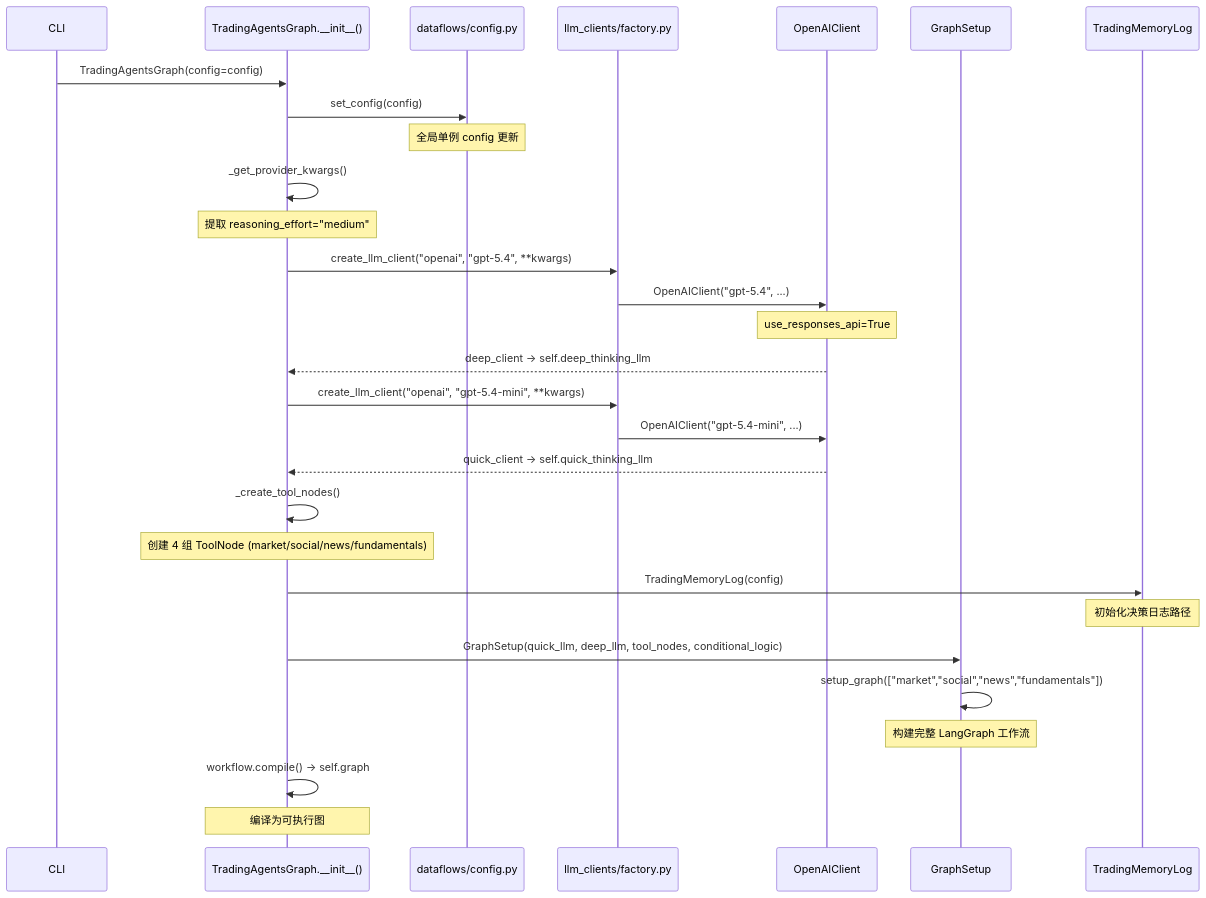
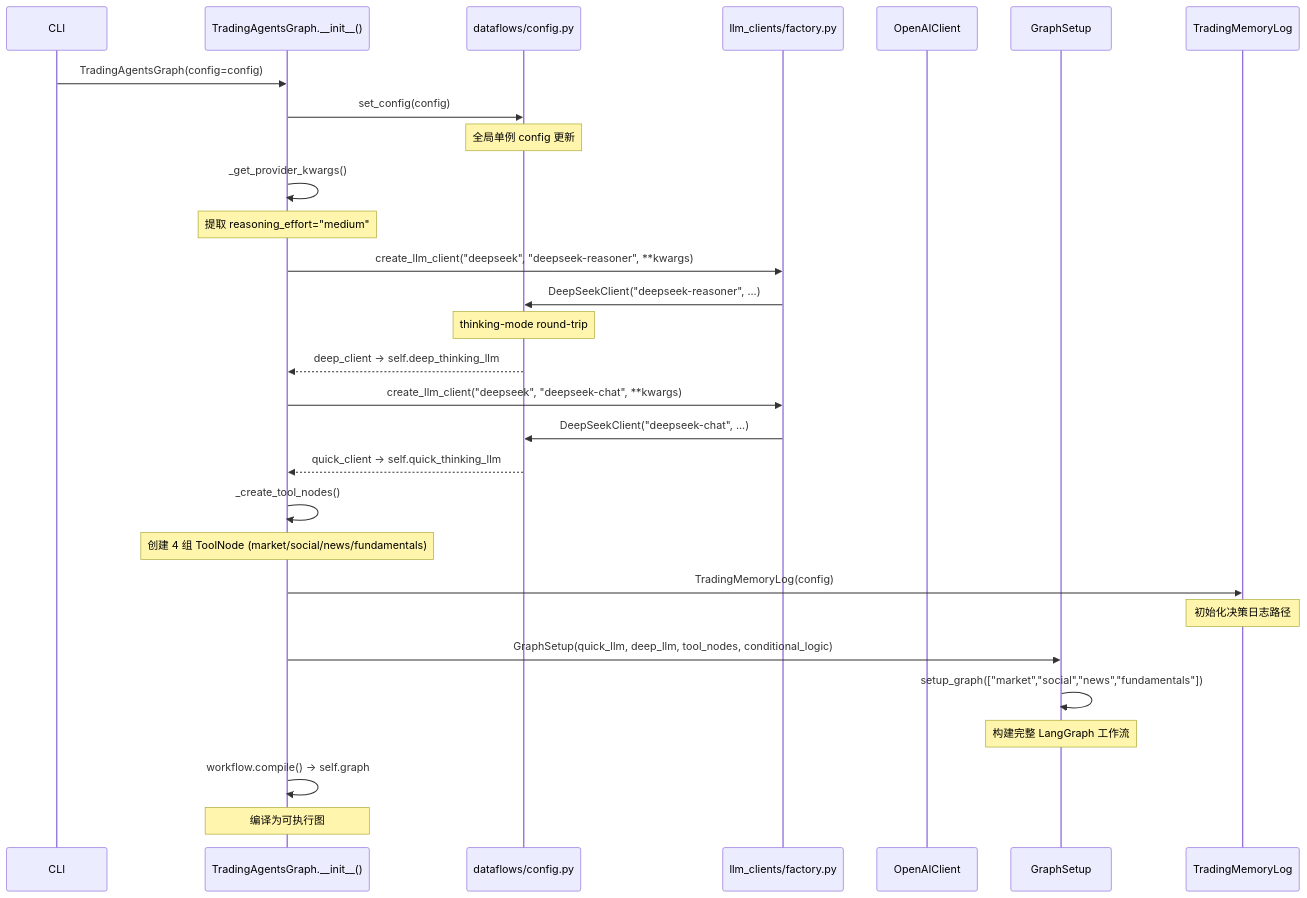
One commit to kindywu/TradingAgents changed the second of 12 diagrams in docs/端到端案例文档.md. Above: the diagram before and after it, drawn with Mermaid. The commit also changed other lines of this file and 27 other files, not shown here.

````diff
--- a/docs/端到端案例文档.md
+++ b/docs/端到端案例文档.md
@@ -107,39 +107,39 @@
 ```mermaid
 sequenceDiagram
     participant CLI as CLI
     participant TAG as TradingAgentsGraph.__init__()
     participant DC as dataflows/config.py
     participant Factory as llm_clients/factory.py
     participant OC as OpenAIClient
     participant GS as GraphSetup
     participant ML as TradingMemoryLog
 
     CLI->>TAG: TradingAgentsGraph(config=config)
     TAG->>DC: set_config(config)
     Note over DC: 全局单例 config 更新
 
     TAG->>TAG: _get_provider_kwargs()
     Note over TAG: 提取 reasoning_effort="medium"
 
-    TAG->>Factory: create_llm_client("openai", "gpt-5.4", **kwargs)
-    Factory->>OC: OpenAIClient("gpt-5.4", ...)
-    Note over OC: use_responses_api=True
-    OC-->>TAG: deep_client → self.deep_thinking_llm
+    TAG->>Factory: create_llm_client("deepseek", "deepseek-reasoner", **kwargs)
+    Factory->>DC: DeepSeekClient("deepseek-reasoner", ...)
+    Note over DC: thinking-mode round-trip
+    DC-->>TAG: deep_client → self.deep_thinking_llm
 
-    TAG->>Factory: create_llm_client("openai", "gpt-5.4-mini", **kwargs)
-    Factory->>OC: OpenAIClient("gpt-5.4-mini", ...)
-    OC-->>TAG: quick_client → self.quick_thinking_llm
+    TAG->>Factory: create_llm_client("deepseek", "deepseek-chat", **kwargs)
+    Factory->>DC: DeepSeekClient("deepseek-chat", ...)
+    DC-->>TAG: quick_client → self.quick_thinking_llm
 
     TAG->>TAG: _create_tool_nodes()
     Note over TAG: 创建 4 组 ToolNode (market/social/news/fundamentals)
 
     TAG->>ML: TradingMemoryLog(config)
     Note over ML: 初始化决策日志路径
 
     TAG->>GS: GraphSetup(quick_llm, deep_llm, tool_nodes, conditional_logic)
     GS->>GS: setup_graph(["market","social","news","fundamentals"])
     Note over GS: 构建完整 LangGraph 工作流
 
     TAG->>TAG: workflow.compile() → self.graph
     Note over TAG: 编译为可执行图
 ```
````
